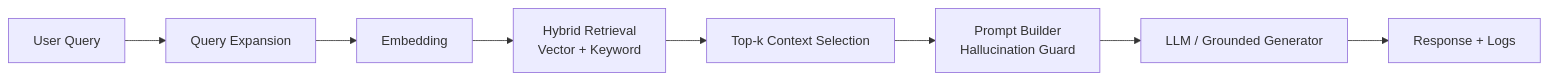
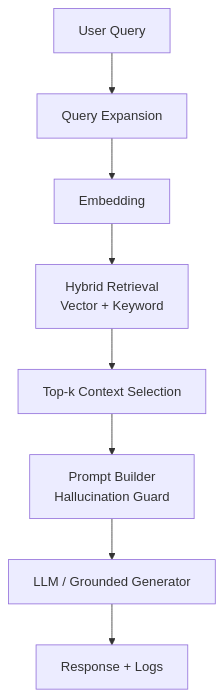
One commit to fejiro0/ai_10211100297 changed the diagram in docs/ARCHITECTURE.md. Above: the diagram before and after it, drawn with Mermaid. The commit also changed other lines of this file and 5 other files, not shown here.

````diff
--- a/docs/ARCHITECTURE.md
+++ b/docs/ARCHITECTURE.md
@@ -7,10 +7,10 @@
 ```mermaid
-flowchart LR
+flowchart TD
   A[User Query] --> B[Query Expansion]
   B --> C[Embedding]
   C --> D[Hybrid Retrieval\nVector + Keyword]
   D --> E[Top-k Context Selection]
   E --> F[Prompt Builder\nHallucination Guard]
   F --> G[LLM / Grounded Generator]
   G --> H[Response + Logs]
 ```
````
